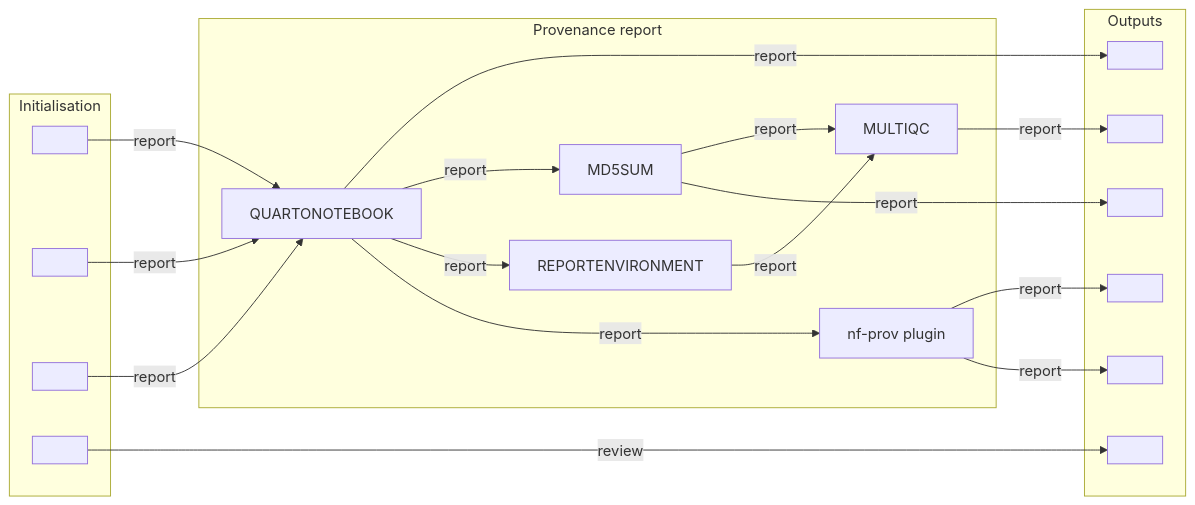
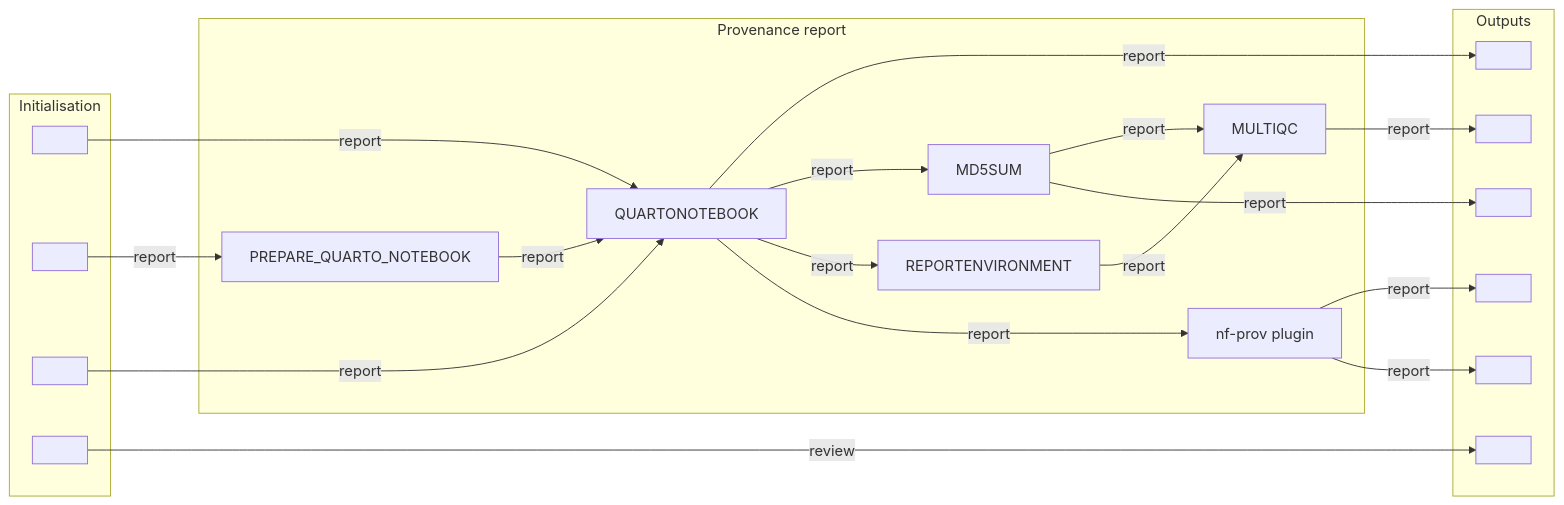
One commit to antoniasaracco/provenancereport changed the diagram in docs/images/provenancereport_metro.mmd. Above: the diagram before and after it, drawn with Mermaid. The commit also changed 30 other files, not shown here.

```diff
--- a/docs/images/provenancereport_metro.mmd
+++ b/docs/images/provenancereport_metro.mmd
@@ -1,55 +1,57 @@
 %%metro style: nfcore
 %%metro file: samplesheet | CSV | Samplesheet
 %%metro file: custom_report | QMD | Custom report
 %%metro file: custom_config | CONF | Custom config
 %%metro file: review_document | FILE | --document optional
 %%metro file: quarto_report | HTML | Quarto report
 %%metro file: multiqc_report | HTML | MultiQC report
 %%metro file: review_output | FILE | Review document
 %%metro file: checksums | MD5 | Checksums
 %%metro file: bco | JSON | BCO
 %%metro file: rocrate | JSON | RO-Crate
 %%metro line: report | Provenance report | #24B064
 %%metro line: review | Optional review document | #F28E2B | dashed
 %%metro legend: bl
 
 graph LR
     subgraph initialisation [Initialisation]
         samplesheet[ ]
         custom_report[ ]
         custom_config[ ]
         review_document[ ]
     end
 
     subgraph provenance [Provenance report]
+        preparequartonotebook[PREPARE_QUARTO_NOTEBOOK]
         quartonotebook[QUARTONOTEBOOK]
         md5sum[MD5SUM]
         reportenvironment[REPORTENVIRONMENT]
         multiqc[MULTIQC]
         nfprov[nf-prov plugin]
     end
 
     subgraph outputs [Outputs]
         quarto_report[ ]
         multiqc_report[ ]
         review_output[ ]
         checksums[ ]
         bco[ ]
         rocrate[ ]
     end
 
     samplesheet -->|report| quartonotebook
-    custom_report -->|report| quartonotebook
+    custom_report -->|report| preparequartonotebook
     custom_config -->|report| quartonotebook
+    preparequartonotebook -->|report| quartonotebook
     quartonotebook -->|report| quarto_report
     quartonotebook -->|report| md5sum
     quartonotebook -->|report| reportenvironment
     md5sum -->|report| multiqc
     reportenvironment -->|report| multiqc
     multiqc -->|report| multiqc_report
     md5sum -->|report| checksums
     quartonotebook -->|report| nfprov
     nfprov -->|report| bco
     nfprov -->|report| rocrate
 
     review_document -->|review| review_output
```
